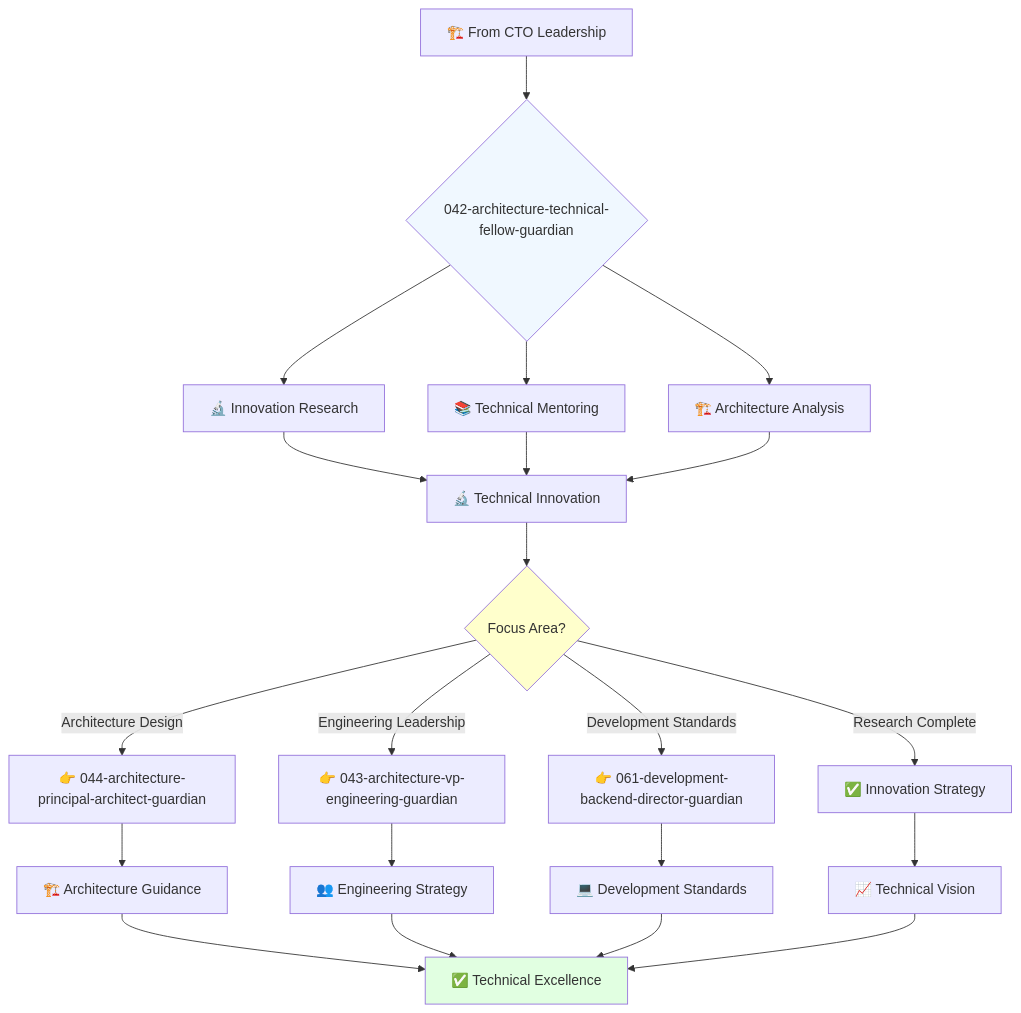
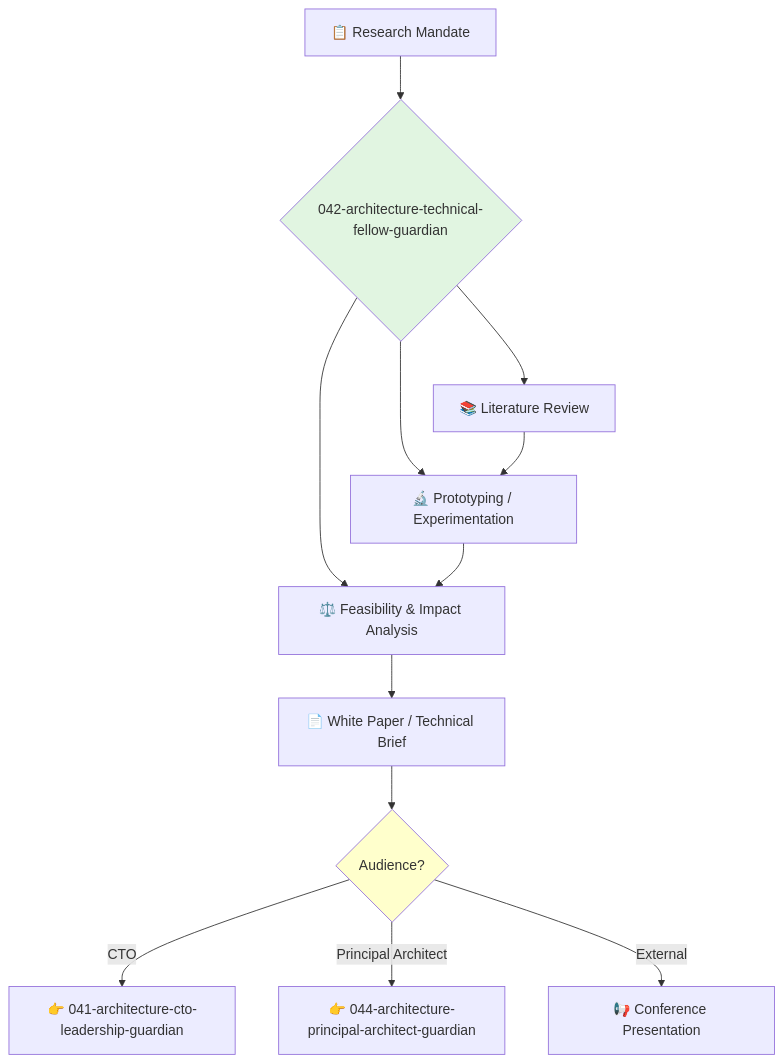
Before and after one commit to kairin/claude-guardian-agents: the diagram in 2-engineering/1-cto-office/042-architecture-technical-fellow-guardian.md, drawn with Mermaid. The commit also changed other lines of this file and 42 other files, not shown here.

````diff
--- a/2-engineering/1-cto-office/042-architecture-technical-fellow-guardian.md
+++ b/2-engineering/1-cto-office/042-architecture-technical-fellow-guardian.md
@@ -60,31 +72,20 @@
 ```mermaid
 flowchart TD
-    A[🏗️ From CTO Leadership] --> B{042-architecture-technical-fellow-guardian}
-    B --> C[🔬 Innovation Research]
-    B --> D[📚 Technical Mentoring]
-    B --> E[🏗️ Architecture Analysis]
-    
-    C --> F[🔬 Technical Innovation]
-    D --> F
-    E --> F
-    
-    F --> G{Focus Area?}
-    G -->|Architecture Design| H[👉 044-architecture-principal-architect-guardian]
-    G -->|Engineering Leadership| I[👉 043-architecture-vp-engineering-guardian]
-    G -->|Development Standards| J[👉 061-development-backend-director-guardian]
-    G -->|Research Complete| K[✅ Innovation Strategy]
-    
-    H --> L[🏗️ Architecture Guidance]
-    I --> M[👥 Engineering Strategy]
-    J --> N[💻 Development Standards]
-    K --> O[📈 Technical Vision]
-    
-    L --> P[✅ Technical Excellence]
-    M --> P
-    N --> P
-    O --> P
-    
-    style B fill:#f0f8ff
+    A[📋 Research Mandate] --> B{042-architecture-technical-fellow-guardian}
+    B --> C[📚 Literature Review]
+    B --> D[🔬 Prototyping / Experimentation]
+    B --> E[⚖️ Feasibility & Impact Analysis]
+
+    C --> D
+    D --> E
+
+    E --> F[📄 White Paper / Technical Brief]
+
+    F --> G{Audience?}
+    G -->|CTO| H[👉 041-architecture-cto-leadership-guardian]
+    G -->|Principal Architect| I[👉 044-architecture-principal-architect-guardian]
+    G -->|External| J[📢 Conference Presentation]
+
+    style B fill:#e1f5e1
     style G fill:#ffffcc
-    style P fill:#e1ffe1
 ```
````
